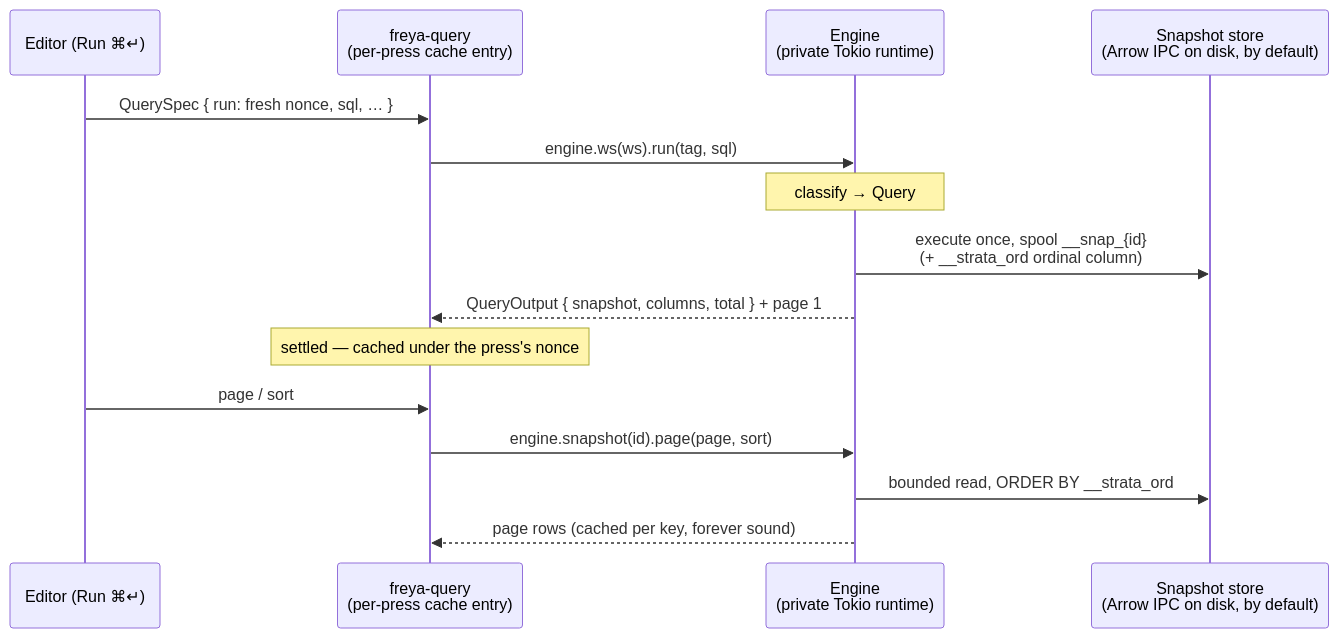
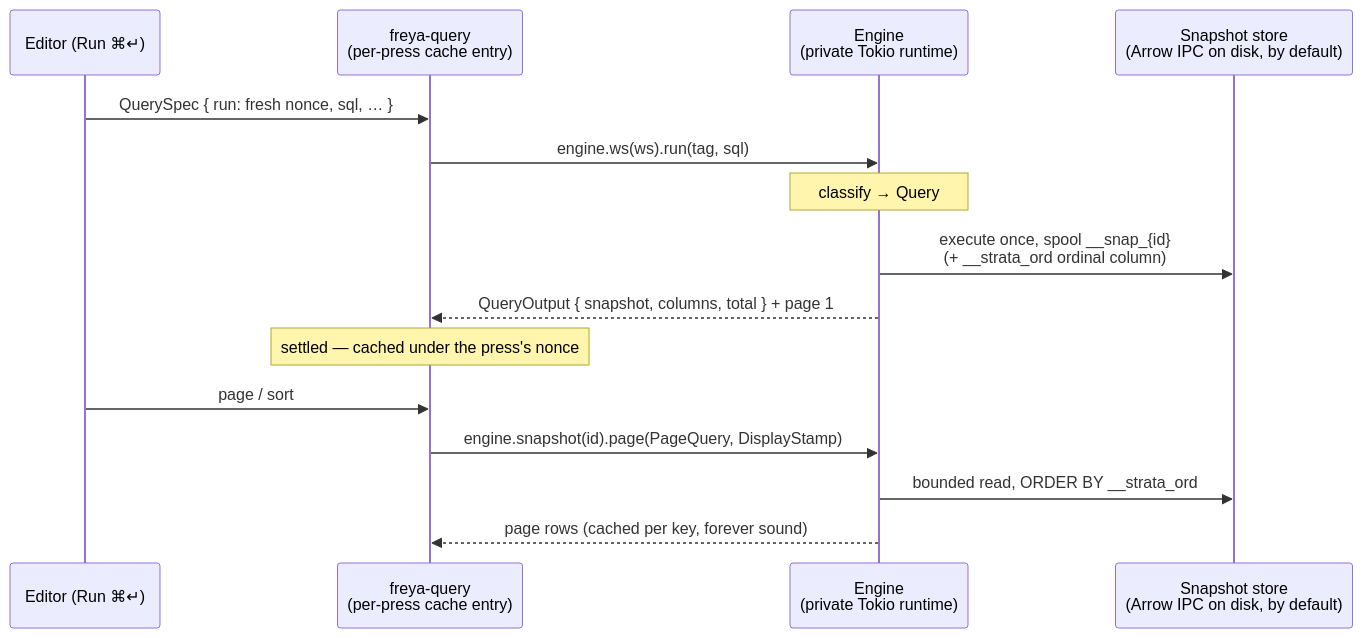
One commit to alexparlett/strata changed the first of 2 diagrams in docs/ARCHITECTURE.md. Above: the diagram before and after it, drawn with Mermaid. The commit also changed 22 other files, not shown here.

````diff
--- a/docs/ARCHITECTURE.md
+++ b/docs/ARCHITECTURE.md
@@ -84,19 +84,19 @@
 ```mermaid
 sequenceDiagram
     participant U as Editor (Run ⌘↵)
     participant Q as freya-query<br/>(per-press cache entry)
     participant E as Engine<br/>(private Tokio runtime)
     participant S as Snapshot store<br/>(Arrow IPC on disk, by default)
 
     U->>Q: QuerySpec { run: fresh nonce, sql, … }
     Q->>E: engine.ws(ws).run(tag, sql)
     Note over E: classify → Query
     E->>S: execute once, spool __snap_{id}<br/>(+ __strata_ord ordinal column)
     E-->>Q: QueryOutput { snapshot, columns, total } + page 1
     Note over Q: settled — cached under the press's nonce
 
     U->>Q: page / sort
-    Q->>E: engine.snapshot(id).page(page, sort)
+    Q->>E: engine.snapshot(id).page(PageQuery, DisplayStamp)
     E->>S: bounded read, ORDER BY __strata_ord
     E-->>Q: page rows (cached per key, forever sound)
 ```
````
